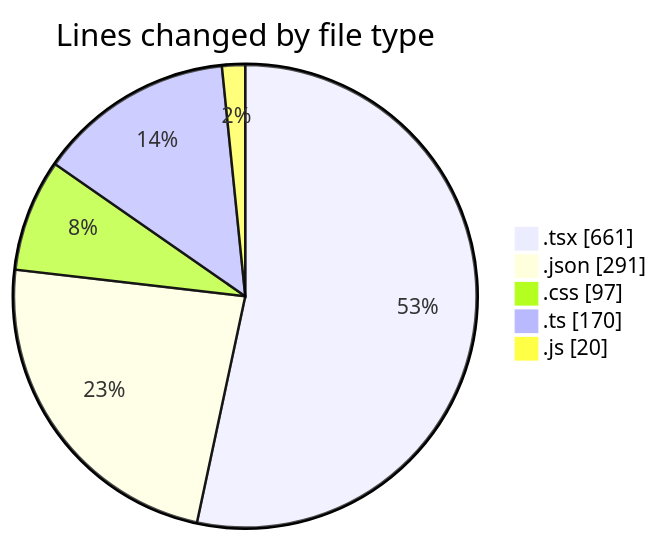
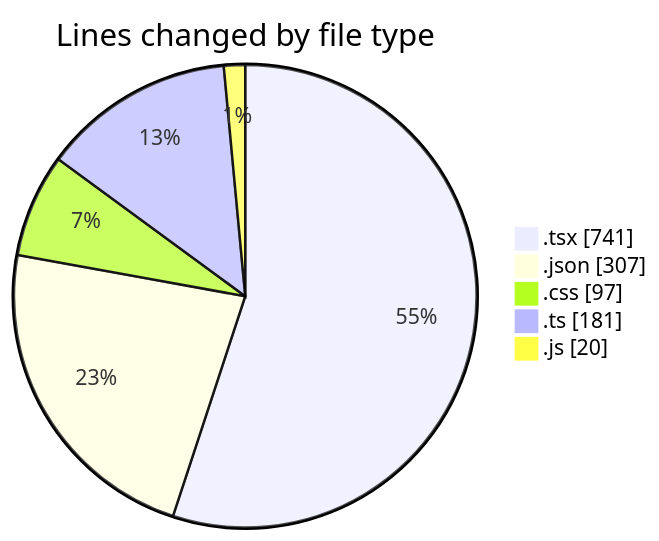
The first of 2 diagrams in 2025-05-04/niten/README.md (Elitesun/code-tracking), drawn with Mermaid before and after one commit. The commit also changed other lines of this file and 1 other file, not shown here.

````diff
--- a/2025-05-04/niten/README.md
+++ b/2025-05-04/niten/README.md
@@ -39,9 +39,9 @@
 ```mermaid
 pie showData
 title Lines changed by file type
-".tsx" : 661
-".json" : 291
+".tsx" : 741
+".json" : 307
 ".css" : 97
-".ts" : 170
+".ts" : 181
 ".js" : 20
 ```
````
